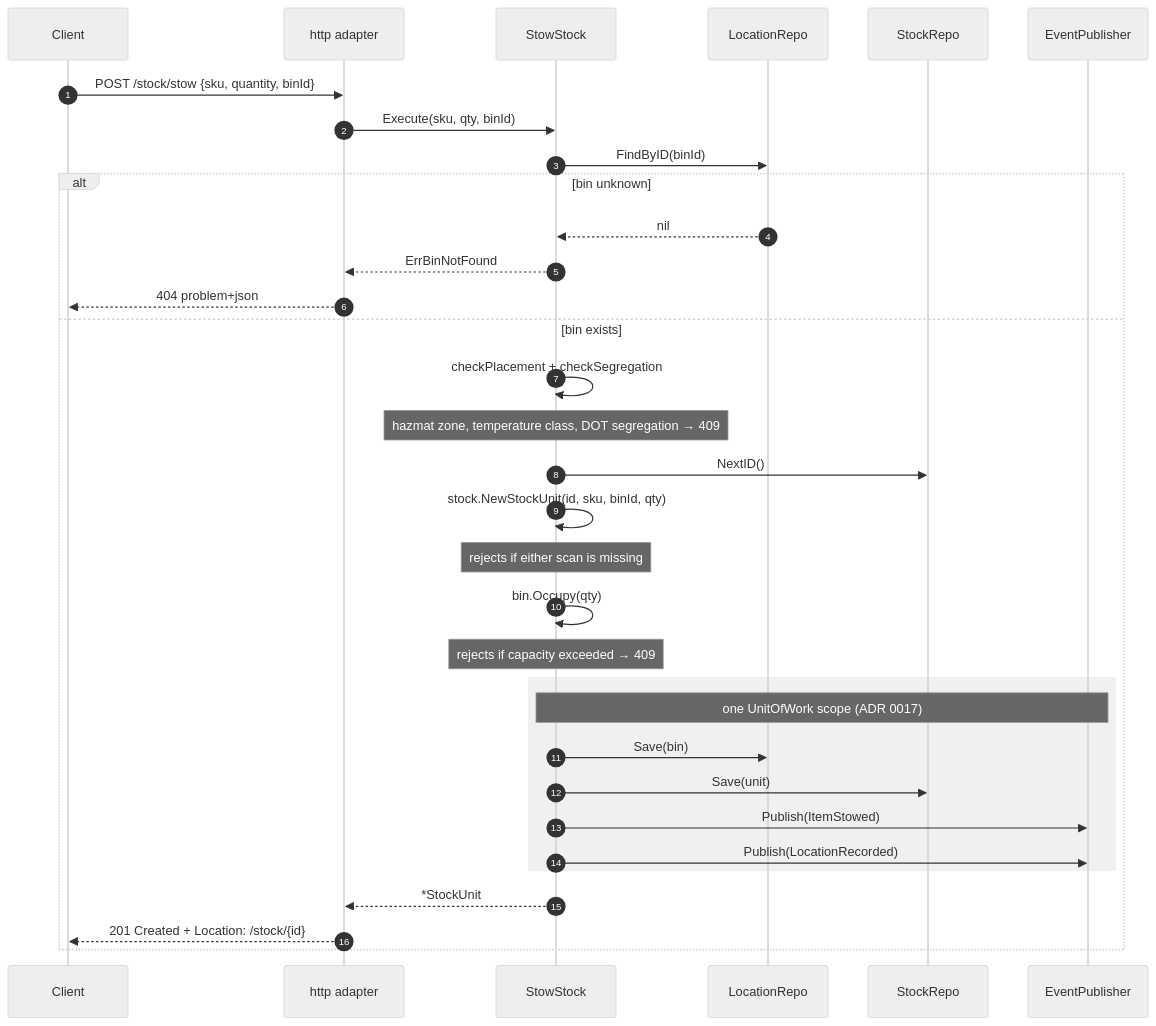
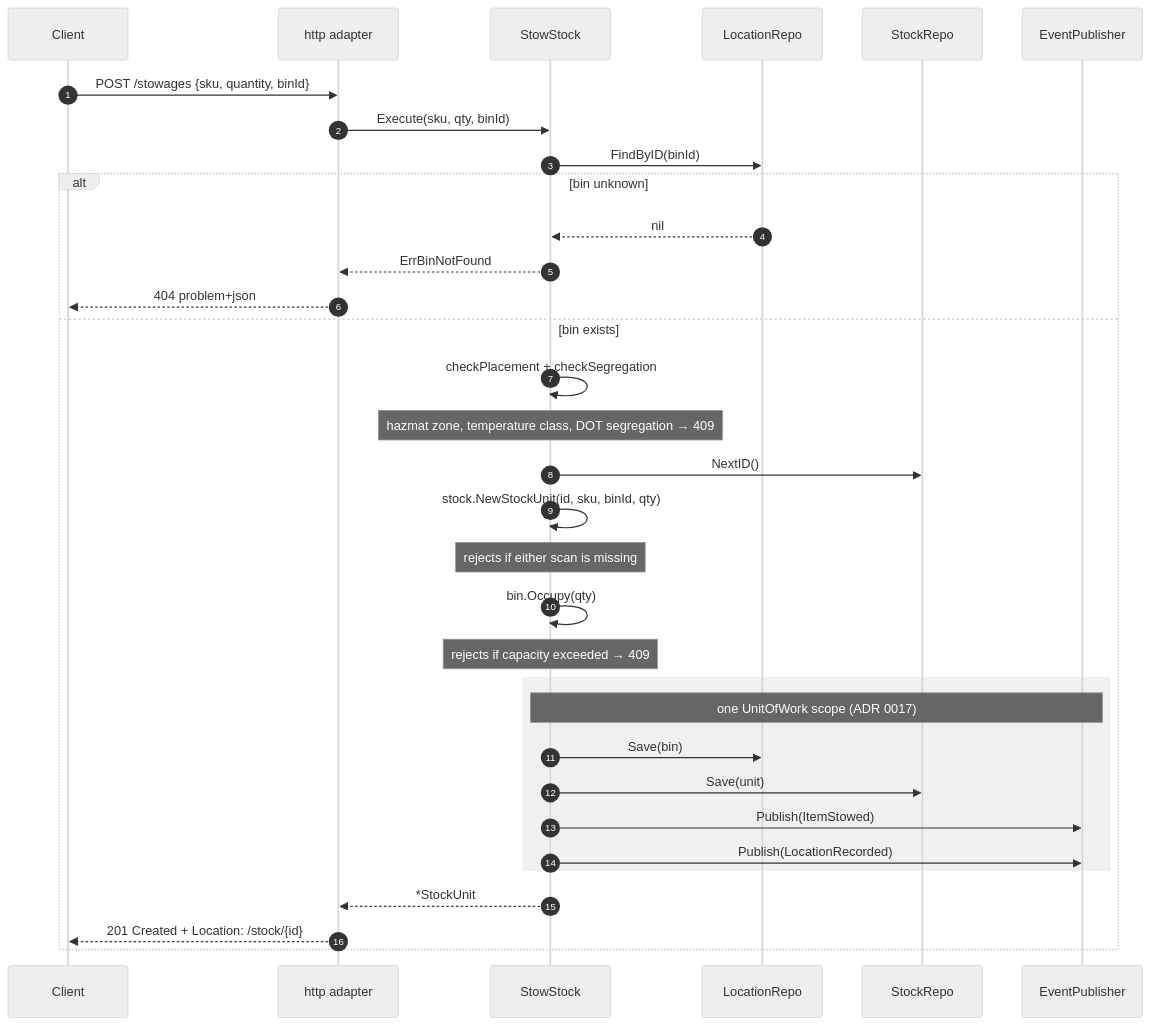
Before and after one commit to IQVO/inventory-storage: the first of 2 diagrams in docs/docs/ddd/use-cases.md, drawn with Mermaid (neutral theme). The commit also changed other lines of this file and 34 other files, not shown here.

````diff
--- a/docs/docs/ddd/use-cases.md
+++ b/docs/docs/ddd/use-cases.md
@@ -71,36 +71,36 @@
 ```mermaid
 sequenceDiagram
     autonumber
     participant C as Client
     participant H as http adapter
     participant U as StowStock
     participant L as LocationRepo
     participant S as StockRepo
     participant E as EventPublisher
 
-    C->>H: POST /stock/stow {sku, quantity, binId}
+    C->>H: POST /stowages {sku, quantity, binId}
     H->>U: Execute(sku, qty, binId)
     U->>L: FindByID(binId)
     alt bin unknown
         L-->>U: nil
         U-->>H: ErrBinNotFound
         H-->>C: 404 problem+json
     else bin exists
         U->>U: checkPlacement + checkSegregation
         Note over U: hazmat zone, temperature class, DOT segregation → 409
         U->>S: NextID()
         U->>U: stock.NewStockUnit(id, sku, binId, qty)
         Note over U: rejects if either scan is missing
         U->>U: bin.Occupy(qty)
         Note over U: rejects if capacity exceeded → 409
         rect rgb(240, 240, 240)
         Note over U,E: one UnitOfWork scope (ADR 0017)
         U->>L: Save(bin)
         U->>S: Save(unit)
         U->>E: Publish(ItemStowed)
         U->>E: Publish(LocationRecorded)
         end
         U-->>H: *StockUnit
         H-->>C: 201 Created + Location: /stock/{id}
     end
 ```
````
